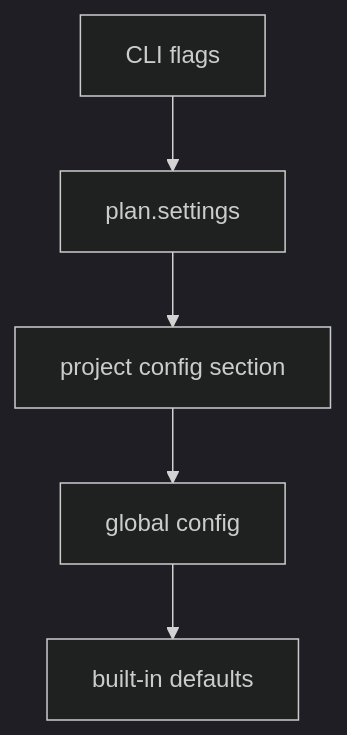
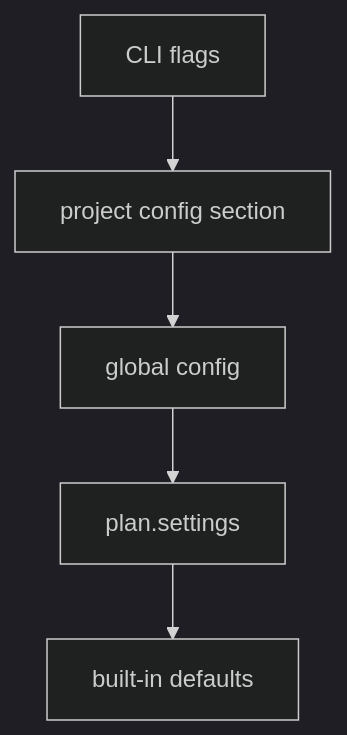
Before and after one commit to opus-domini/praetor: the diagram in docs/configuration.md, drawn with Mermaid. The commit also changed other lines of this file and 1 other file, not shown here.

First line of the commit message:
fix: correct all orchestration diagrams against actual implementation

````diff
--- a/docs/configuration.md
+++ b/docs/configuration.md
@@ -189,11 +189,11 @@
 ```mermaid
 ---
 config:
   theme: dark
 ---
 flowchart TD
-    A[CLI flags] --> B[plan.settings]
-    B --> C[project config section]
-    C --> D[global config]
+    A[CLI flags] --> B[project config section]
+    B --> C[global config]
+    C --> D[plan.settings]
     D --> E[built-in defaults]
 ```
````
